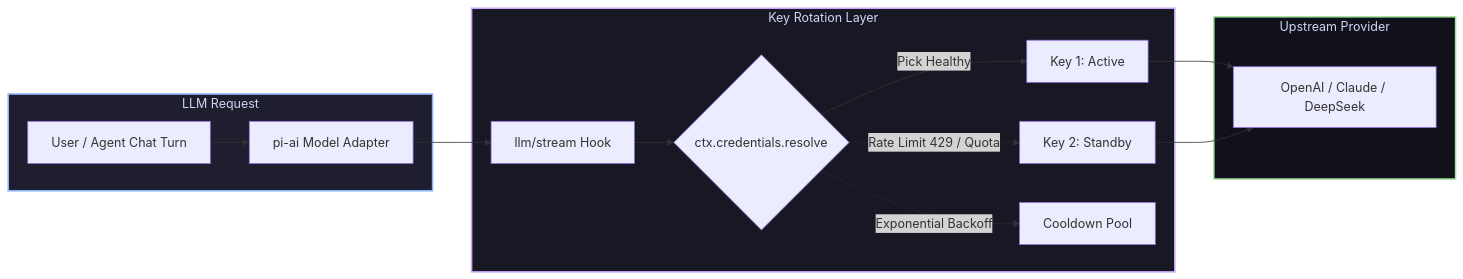
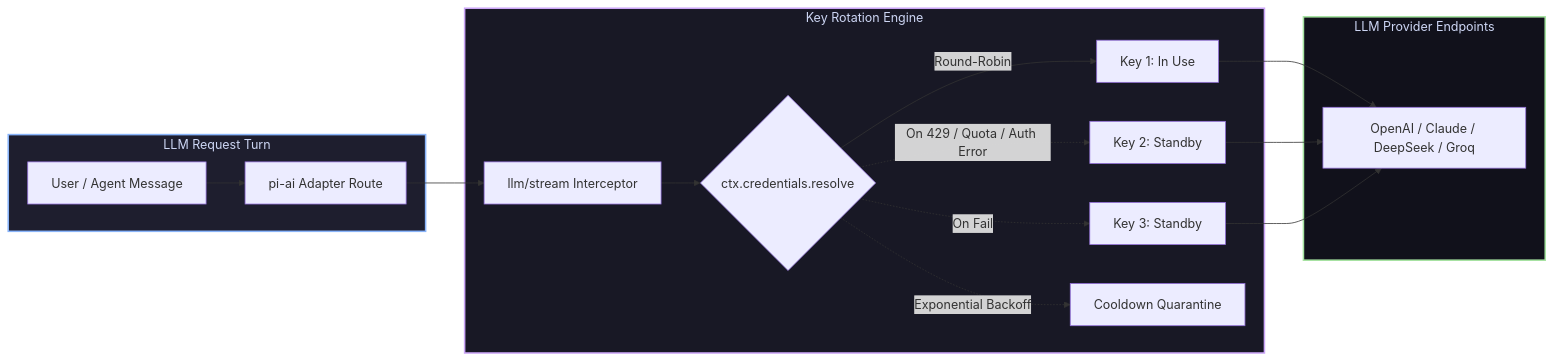
Before and after one commit to GooDAnDReaDY/dsh-key-rotation: the diagram in README.md, drawn with Mermaid. The commit also changed other lines of this file and 2 other files, not shown here.

Commit message:
docs: expand dsh-key-rotation with full 20+ feature breakdown, security architecture & rich tables

````diff
--- a/README.md
+++ b/README.md
@@ -28,23 +30,25 @@
 ```mermaid
 graph LR
-    subgraph Incoming [LLM Request]
-        Req[User / Agent Chat Turn] --> Adapter[pi-ai Model Adapter]
+    subgraph Incoming [LLM Request Turn]
+        User[User / Agent Message] --> Adapter[pi-ai Adapter Route]
     end
 
-    subgraph Rotation [Key Rotation Layer]
-        Adapter --> Interceptor[llm/stream Hook]
-        Interceptor --> Resolve{ctx.credentials.resolve}
-        Resolve -->|Pick Healthy| K1[Key 1: Active]
-        Resolve -.->|Rate Limit 429 / Quota| K2[Key 2: Standby]
-        Resolve -.->|Exponential Backoff| Cooldown[Cooldown Pool]
+    subgraph Interception [Key Rotation Engine]
+        Adapter --> Hook[llm/stream Interceptor]
+        Hook --> Resolver{ctx.credentials.resolve}
+        Resolver -->|Round-Robin| K1[Key 1: In Use]
+        Resolver -.->|On 429 / Quota / Auth Error| K2[Key 2: Standby]
+        Resolver -.->|On Fail| K3[Key 3: Standby]
+        Resolver -.->|Exponential Backoff| CooldownPool[Cooldown Quarantine]
     end
 
-    subgraph Providers [Upstream Provider]
-        K1 --> API[OpenAI / Claude / DeepSeek]
-        K2 --> API
+    subgraph Upstream [LLM Provider Endpoints]
+        K1 --> ProviderAPI[OpenAI / Claude / DeepSeek / Groq]
+        K2 --> ProviderAPI
+        K3 --> ProviderAPI
     end
 
     style Incoming fill:#1e1e2e,stroke:#89b4fa,stroke-width:2px,color:#cdd6f4
-    style Rotation fill:#181825,stroke:#cba6f7,stroke-width:2px,color:#cdd6f4
-    style Providers fill:#11111b,stroke:#a6e3a1,stroke-width:2px,color:#cdd6f4
+    style Interception fill:#181825,stroke:#cba6f7,stroke-width:2px,color:#cdd6f4
+    style Upstream fill:#11111b,stroke:#a6e3a1,stroke-width:2px,color:#cdd6f4
 ```
````
